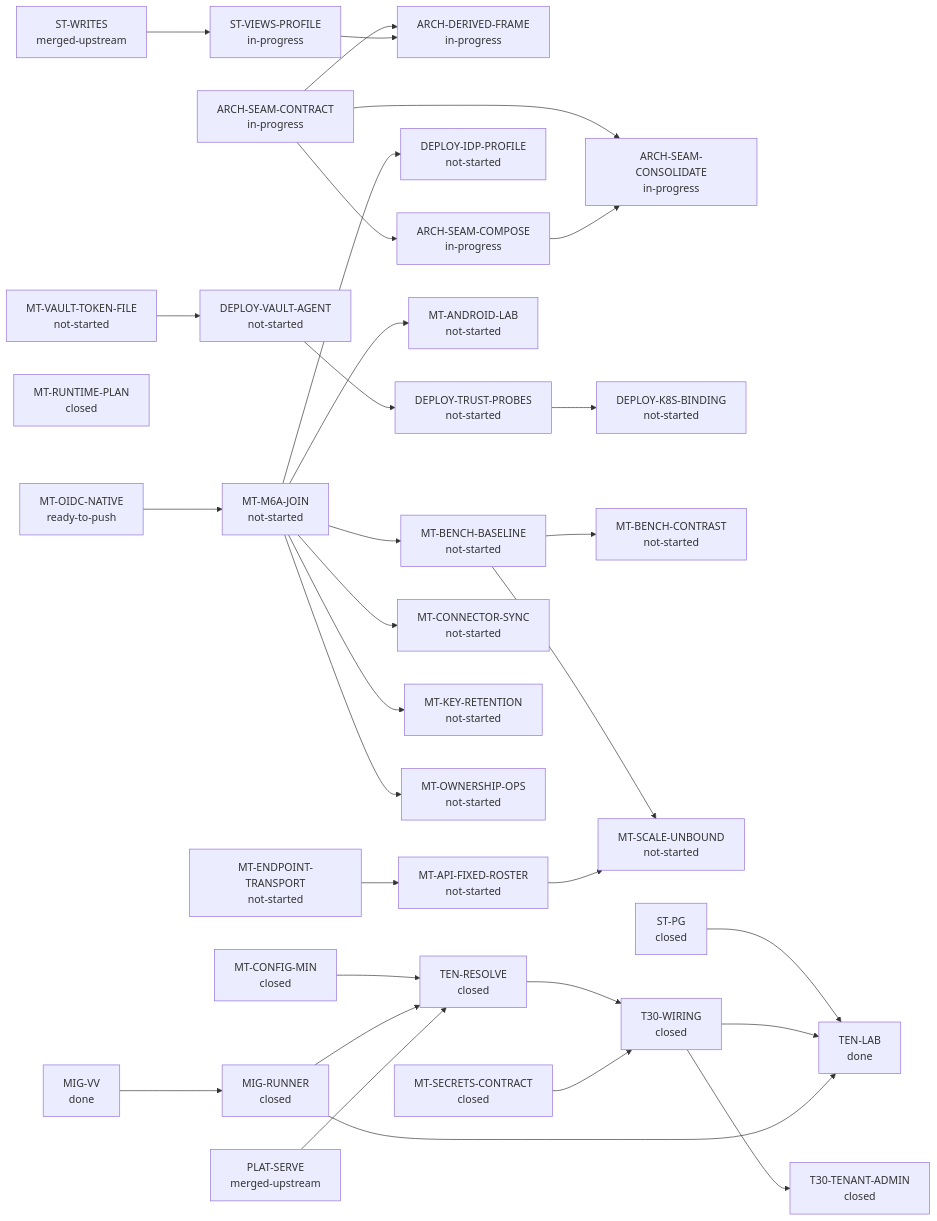
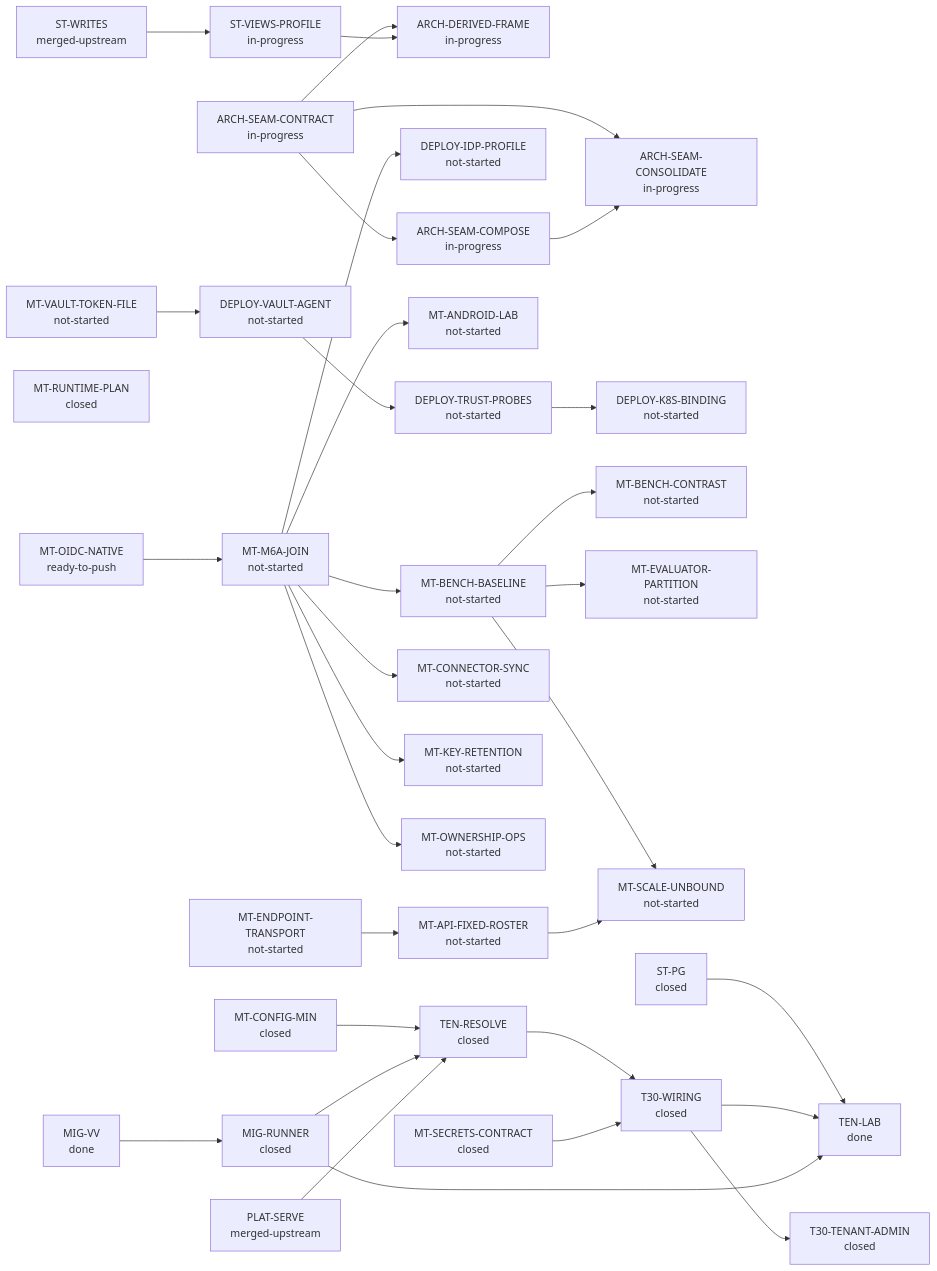
Before and after one commit to bewest/rag-nightscout-ecosystem-alignment: the second of 2 diagrams in docs/30-design/tenancy/multitenant-delivery-dashboard.md, drawn with Mermaid. The commit also changed other lines of this file and 6 other files, not shown here.

Commit message:
Evaluator partitioning direction: member count and ordinal flag with a per-tenant fenced lease (M7 MT-EVALUATOR-PARTITION)

````diff
--- a/docs/30-design/tenancy/multitenant-delivery-dashboard.md
+++ b/docs/30-design/tenancy/multitenant-delivery-dashboard.md
@@ -82,66 +82,68 @@
 ```mermaid
 flowchart LR
   ARCH-DERIVED-FRAME["ARCH-DERIVED-FRAME<br/>in-progress"]
   ARCH-SEAM-COMPOSE["ARCH-SEAM-COMPOSE<br/>in-progress"]
   ARCH-SEAM-CONSOLIDATE["ARCH-SEAM-CONSOLIDATE<br/>in-progress"]
   ARCH-SEAM-CONTRACT["ARCH-SEAM-CONTRACT<br/>in-progress"]
   DEPLOY-IDP-PROFILE["DEPLOY-IDP-PROFILE<br/>not-started"]
   DEPLOY-K8S-BINDING["DEPLOY-K8S-BINDING<br/>not-started"]
   DEPLOY-TRUST-PROBES["DEPLOY-TRUST-PROBES<br/>not-started"]
   DEPLOY-VAULT-AGENT["DEPLOY-VAULT-AGENT<br/>not-started"]
   MIG-RUNNER["MIG-RUNNER<br/>closed"]
   MIG-VV["MIG-VV<br/>done"]
   MT-ANDROID-LAB["MT-ANDROID-LAB<br/>not-started"]
   MT-API-FIXED-ROSTER["MT-API-FIXED-ROSTER<br/>not-started"]
   MT-BENCH-BASELINE["MT-BENCH-BASELINE<br/>not-started"]
   MT-BENCH-CONTRAST["MT-BENCH-CONTRAST<br/>not-started"]
   MT-CONFIG-MIN["MT-CONFIG-MIN<br/>closed"]
   MT-CONNECTOR-SYNC["MT-CONNECTOR-SYNC<br/>not-started"]
   MT-ENDPOINT-TRANSPORT["MT-ENDPOINT-TRANSPORT<br/>not-started"]
+  MT-EVALUATOR-PARTITION["MT-EVALUATOR-PARTITION<br/>not-started"]
   MT-KEY-RETENTION["MT-KEY-RETENTION<br/>not-started"]
   MT-M6A-JOIN["MT-M6A-JOIN<br/>not-started"]
   MT-OIDC-NATIVE["MT-OIDC-NATIVE<br/>ready-to-push"]
   MT-OWNERSHIP-OPS["MT-OWNERSHIP-OPS<br/>not-started"]
   MT-RUNTIME-PLAN["MT-RUNTIME-PLAN<br/>closed"]
   MT-SCALE-UNBOUND["MT-SCALE-UNBOUND<br/>not-started"]
   MT-SECRETS-CONTRACT["MT-SECRETS-CONTRACT<br/>closed"]
   MT-VAULT-TOKEN-FILE["MT-VAULT-TOKEN-FILE<br/>not-started"]
   PLAT-SERVE["PLAT-SERVE<br/>merged-upstream"]
   ST-PG["ST-PG<br/>closed"]
   ST-VIEWS-PROFILE["ST-VIEWS-PROFILE<br/>in-progress"]
   ST-WRITES["ST-WRITES<br/>merged-upstream"]
   T30-TENANT-ADMIN["T30-TENANT-ADMIN<br/>closed"]
   T30-WIRING["T30-WIRING<br/>closed"]
   TEN-LAB["TEN-LAB<br/>done"]
   TEN-RESOLVE["TEN-RESOLVE<br/>closed"]
   ARCH-SEAM-CONTRACT --> ARCH-DERIVED-FRAME
   ST-VIEWS-PROFILE --> ARCH-DERIVED-FRAME
   ARCH-SEAM-CONTRACT --> ARCH-SEAM-COMPOSE
   ARCH-SEAM-CONTRACT --> ARCH-SEAM-CONSOLIDATE
   ARCH-SEAM-COMPOSE --> ARCH-SEAM-CONSOLIDATE
   MT-M6A-JOIN --> DEPLOY-IDP-PROFILE
   DEPLOY-TRUST-PROBES --> DEPLOY-K8S-BINDING
   DEPLOY-VAULT-AGENT --> DEPLOY-TRUST-PROBES
   MT-VAULT-TOKEN-FILE --> DEPLOY-VAULT-AGENT
   MIG-VV --> MIG-RUNNER
   MT-M6A-JOIN --> MT-ANDROID-LAB
   MT-ENDPOINT-TRANSPORT --> MT-API-FIXED-ROSTER
   MT-M6A-JOIN --> MT-BENCH-BASELINE
   MT-BENCH-BASELINE --> MT-BENCH-CONTRAST
   MT-M6A-JOIN --> MT-CONNECTOR-SYNC
+  MT-BENCH-BASELINE --> MT-EVALUATOR-PARTITION
   MT-M6A-JOIN --> MT-KEY-RETENTION
   MT-OIDC-NATIVE --> MT-M6A-JOIN
   MT-M6A-JOIN --> MT-OWNERSHIP-OPS
   MT-BENCH-BASELINE --> MT-SCALE-UNBOUND
   MT-API-FIXED-ROSTER --> MT-SCALE-UNBOUND
   ST-WRITES --> ST-VIEWS-PROFILE
   T30-WIRING --> T30-TENANT-ADMIN
   TEN-RESOLVE --> T30-WIRING
   MT-SECRETS-CONTRACT --> T30-WIRING
   ST-PG --> TEN-LAB
   T30-WIRING --> TEN-LAB
   MIG-RUNNER --> TEN-LAB
   MT-CONFIG-MIN --> TEN-RESOLVE
   MIG-RUNNER --> TEN-RESOLVE
   PLAT-SERVE --> TEN-RESOLVE
 ```
````
